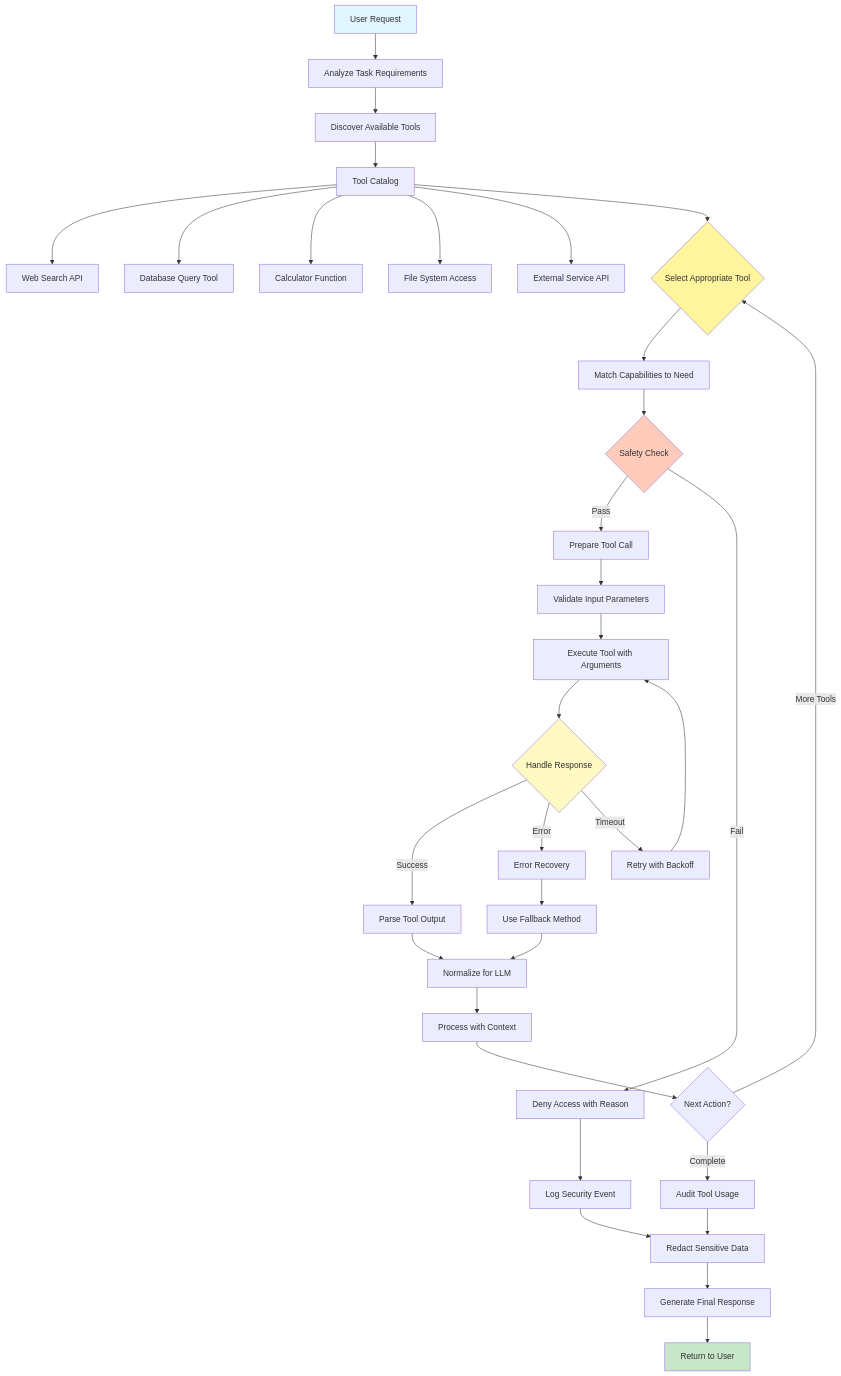
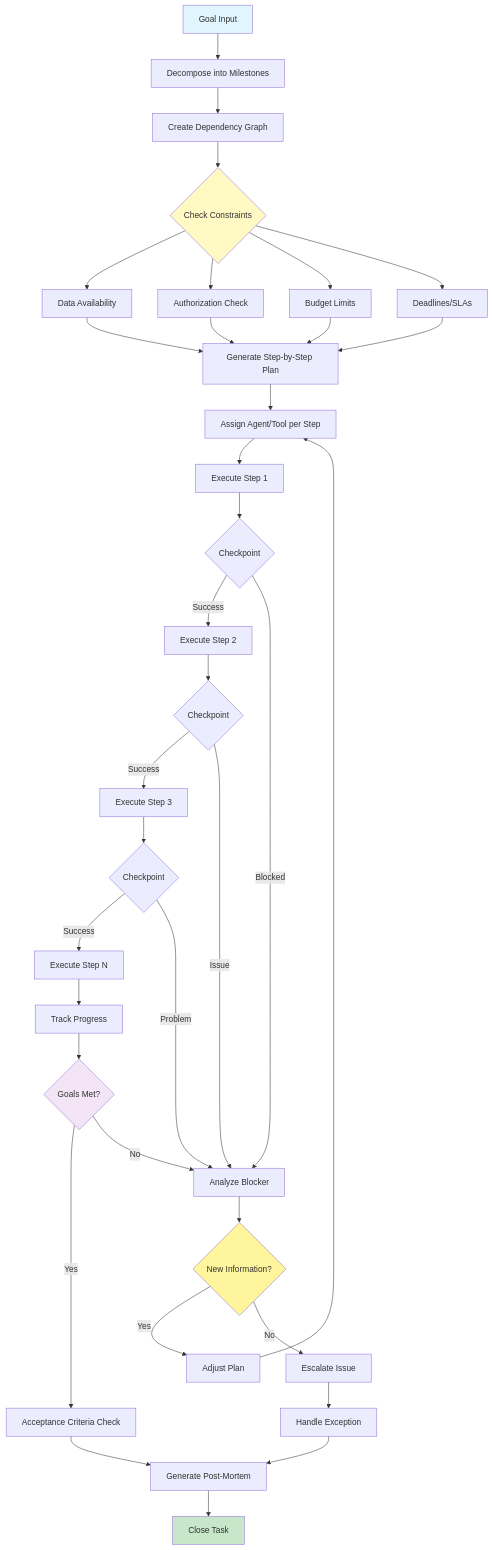
Before and after one commit to Adrian-patrick/agentic-ai-design-patterns: the diagram in diagram.mmd, drawn with Mermaid. The commit also changed 7 other files, not shown here.

```diff
--- a/diagram.mmd
+++ b/diagram.mmd
@@ -1,51 +1,52 @@
 graph TD
-    Start[User Request] --> Analyze[Analyze Task Requirements]
-    Analyze --> Discover[Discover Available Tools]
+    Start[Goal Input] --> Decompose[Decompose into Milestones]
+    Decompose --> Map[Create Dependency Graph]
     
-    Discover --> Catalog[Tool Catalog]
-    Catalog --> API1[Web Search API]
-    Catalog --> API2[Database Query Tool]
-    Catalog --> API3[Calculator Function]
-    Catalog --> API4[File System Access]
-    Catalog --> API5[External Service API]
+    Map --> Constraints{Check Constraints}
+    Constraints --> Data[Data Availability]
+    Constraints --> Auth[Authorization Check]
+    Constraints --> Budget[Budget Limits]
+    Constraints --> Time[Deadlines/SLAs]
     
-    Catalog --> Select{Select Appropriate Tool}
+    Data --> Plan[Generate Step-by-Step Plan]
+    Auth --> Plan
+    Budget --> Plan
+    Time --> Plan
     
-    Select --> Match[Match Capabilities to Need]
-    Match --> Safety{Safety Check}
+    Plan --> Assign[Assign Agent/Tool per Step]
+    Assign --> Step1[Execute Step 1]
     
-    Safety -->|Pass| Prepare[Prepare Tool Call]
-    Safety -->|Fail| Deny[Deny Access with Reason]
+    Step1 --> Check1{Checkpoint}
+    Check1 -->|Success| Step2[Execute Step 2]
+    Check1 -->|Blocked| Analyze[Analyze Blocker]
     
-    Prepare --> Validate[Validate Input Parameters]
-    Validate --> Call[Execute Tool with Arguments]
+    Step2 --> Check2{Checkpoint}
+    Check2 -->|Success| Step3[Execute Step 3]
+    Check2 -->|Issue| Analyze
     
-    Call --> Handle{Handle Response}
-    Handle -->|Success| Parse[Parse Tool Output]
-    Handle -->|Error| ErrorHandle[Error Recovery]
-    Handle -->|Timeout| Retry[Retry with Backoff]
+    Step3 --> Check3{Checkpoint}
+    Check3 -->|Success| StepN[Execute Step N]
+    Check3 -->|Problem| Analyze
     
-    ErrorHandle --> Fallback[Use Fallback Method]
-    Retry --> Call
+    Analyze --> NewInfo{New Information?}
+    NewInfo -->|Yes| Replan[Adjust Plan]
+    NewInfo -->|No| Escalate[Escalate Issue]
     
-    Parse --> Normalize[Normalize for LLM]
-    Fallback --> Normalize
+    Replan --> Assign
+    Escalate --> Handle[Handle Exception]
     
-    Normalize --> Process[Process with Context]
-    Process --> Decision{Next Action?}
+    StepN --> Progress[Track Progress]
+    Progress --> Complete{Goals Met?}
     
-    Decision -->|More Tools| Select
-    Decision -->|Complete| Audit[Audit Tool Usage]
+    Complete -->|Yes| Accept[Acceptance Criteria Check]
+    Complete -->|No| Analyze
     
-    Deny --> Log[Log Security Event]
-    Audit --> Redact[Redact Sensitive Data]
-    Log --> Redact
-    
-    Redact --> Result[Generate Final Response]
-    Result --> End[Return to User]
+    Accept --> PostMortem[Generate Post-Mortem]
+    Handle --> PostMortem
+    PostMortem --> End[Close Task]
 
     style Start fill:#e1f5fe
-    style Select fill:#fff59d
-    style Safety fill:#ffccbc
-    style Handle fill:#fff9c4
+    style Constraints fill:#fff9c4
+    style NewInfo fill:#fff59d
+    style Complete fill:#f3e5f5
     style End fill:#c8e6c9
```
